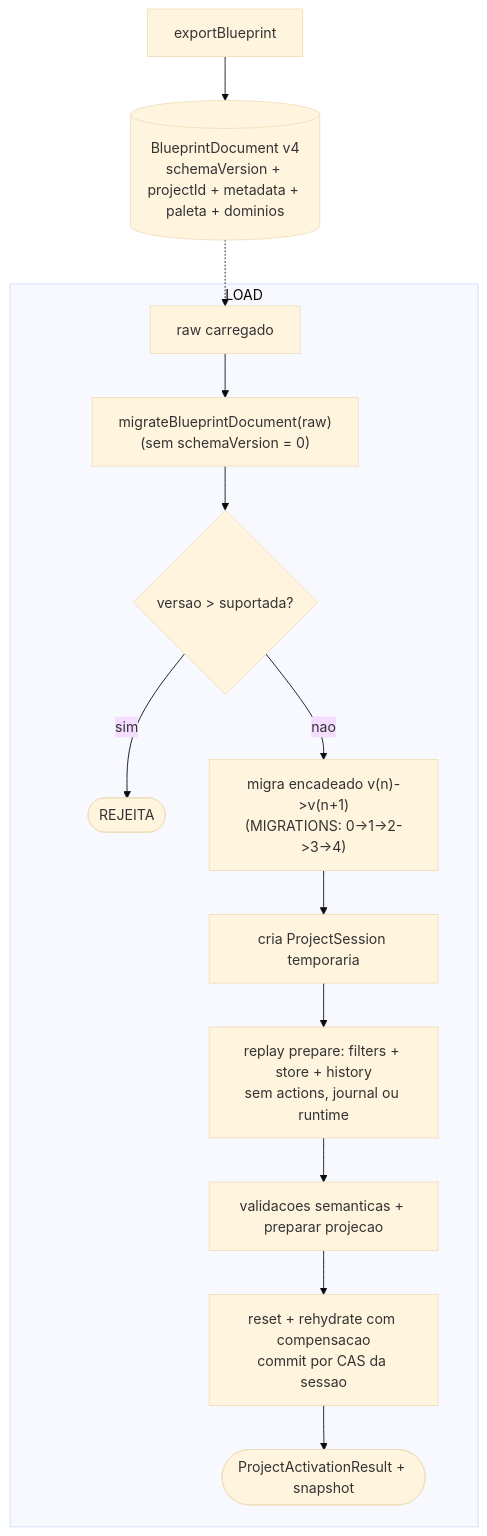
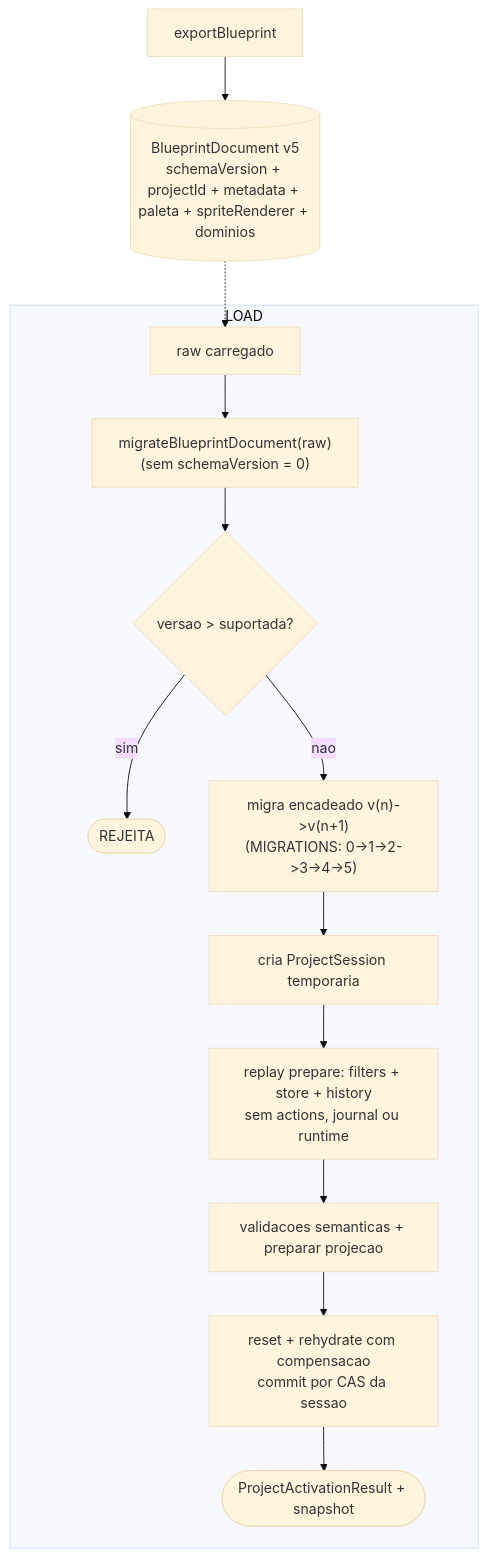
Before and after one commit to flaviotinococoutinho/Gridsmith: the eighth of 8 diagrams in docs/CANONICAL-MODEL.md, drawn with Mermaid (base theme). The commit also changed other lines of this file and 61 other files, not shown here.

````diff
--- a/docs/CANONICAL-MODEL.md
+++ b/docs/CANONICAL-MODEL.md
@@ -300,16 +305,16 @@
 ```mermaid
 graph TD
-  EXP["exportBlueprint"] --> DOC[("BlueprintDocument v4<br/>schemaVersion + projectId + metadata + paleta + dominios")]
+  EXP["exportBlueprint"] --> DOC[("BlueprintDocument v5<br/>schemaVersion + projectId + metadata + paleta + spriteRenderer + dominios")]
   DOC -.-> RAW["raw carregado"]
   subgraph LOAD["LOAD"]
     RAW --> MIG["migrateBlueprintDocument(raw)<br/>(sem schemaVersion = 0)"]
     MIG --> V{"versao > suportada?"}
     V -->|"sim"| REJ(["REJEITA"])
-    V -->|"nao"| CHAIN["migra encadeado v(n)->v(n+1)<br/>(MIGRATIONS: 0->1->2->3->4)"]
+    V -->|"nao"| CHAIN["migra encadeado v(n)->v(n+1)<br/>(MIGRATIONS: 0->1->2->3->4->5)"]
     CHAIN --> TMP["cria ProjectSession temporaria"]
     TMP --> REP["replay prepare: filters + store + history<br/>sem actions, journal ou runtime"]
     REP --> SEM["validacoes semanticas + preparar projecao"]
     SEM --> SWAP["reset + rehydrate com compensacao<br/>commit por CAS da sessao"]
     SWAP --> SUM(["ProjectActivationResult + snapshot"])
   end
 ```
````
